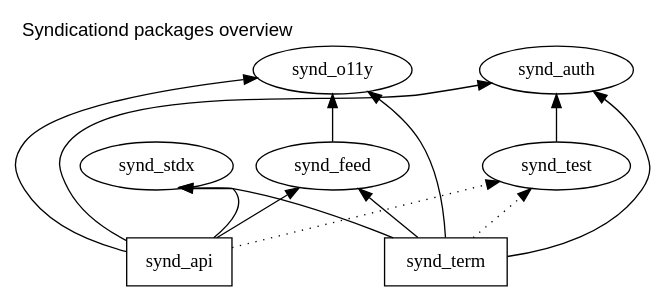
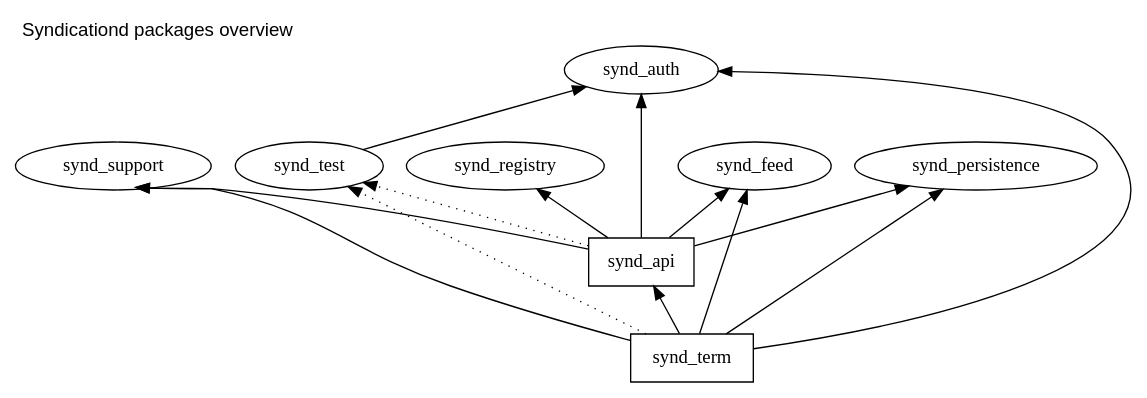
Before and after one commit to ymgyt/syndicationd: the diagram in etc/dot/packages.dot, drawn with Graphviz. The commit also changed 61 other files, not shown here.

Commit message:
refactor(support): absorb stdx and o11y

```diff
--- a/etc/dot/packages.dot
+++ b/etc/dot/packages.dot
@@ -1,37 +1,38 @@
 digraph {
     graph [
         layout=dot,
         rankdir=BT,
         label="Syndicationd packages overview",
         labelloc="top", // t(top) | b(bottom)
         labeljust="left", // l(left) | c(center) | r(right)
         fontname="Helvetica,Arial,sans-serif"
         compound=true; 
         newrank=true
     ];
 
-    stdx [ label="synd_stdx" ]
-    o11y [ label="synd_o11y" ]
+    support [ label="synd_support" ]
     auth [ label="synd_auth" ]
     feed [ label="synd_feed" ]
+    persistence [ label="synd_persistence" ]
+    registry [ label="synd_registry" ]
     test [ label="synd_test" ]
 
     term [ label="synd_term", shape="box" ]
     api  [ label="synd_api", shape="box" ]
 
-    feed -> o11y
-
-    term -> stdx [ headport="se" ]
-    term -> o11y
+    term -> support [ headport="se" ]
     term -> auth
     term -> feed
+    term -> api
+    term -> persistence
     term -> test [ style="dotted" ]
 
-    api  -> stdx [ headport="se" ]
-    api  -> o11y
+    api  -> support [ headport="se" ]
     api  -> auth
     api  -> feed
+    api  -> persistence
+    api  -> registry
     api  -> test [ style="dotted" ]
 
     test -> auth
 }
```
